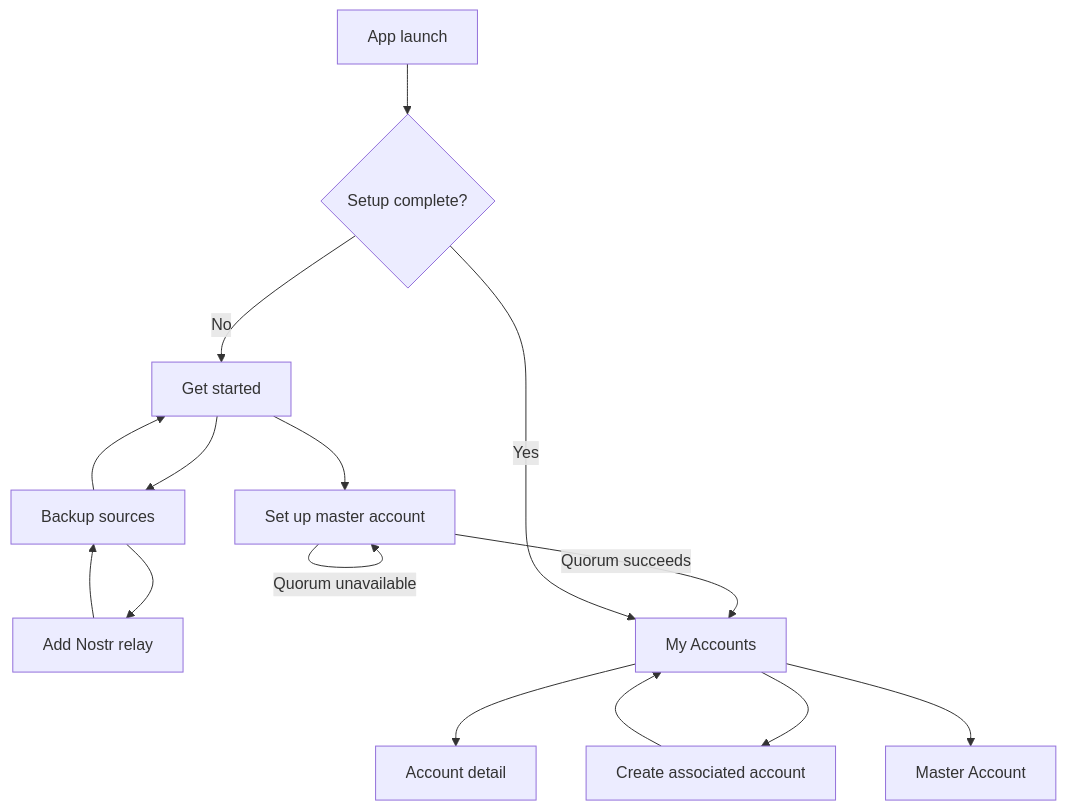
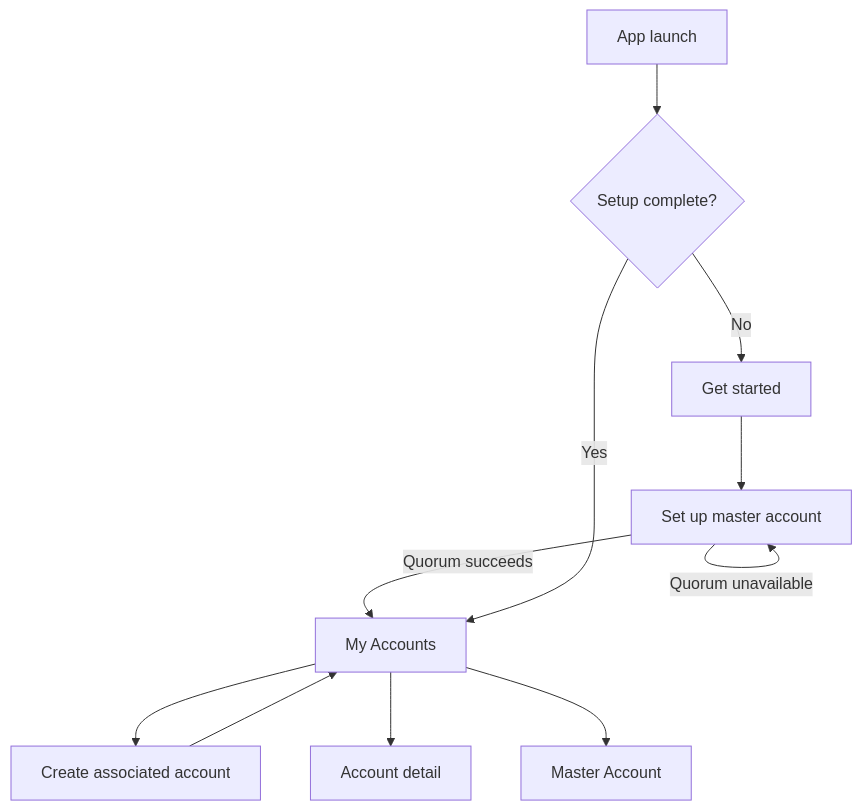
Before and after one commit to ZenTenApp/vault-kotlin: the diagram in docs/stakeholder/screens-and-states.md, drawn with Mermaid. The commit also changed other lines of this file and 16 other files, not shown here.

Commit message:
feat(sources): hide custom backup source UI

````diff
--- a/docs/stakeholder/screens-and-states.md
+++ b/docs/stakeholder/screens-and-states.md
@@ -20,17 +18,13 @@
 ```mermaid
 flowchart TD
     R[App launch] --> S{Setup complete?}
     S -- No --> G[Get started]
     G --> M[Set up master account]
-    G --> BS[Backup sources]
-    BS --> G
-    BS --> AN[Add Nostr relay]
-    AN --> BS
     M -- Quorum succeeds --> A[My Accounts]
     M -- Quorum unavailable --> M
     S -- Yes --> A
     A --> N[Create associated account]
     N --> A
     A --> D[Account detail]
     A --> MA[Master Account]
 ```
````
